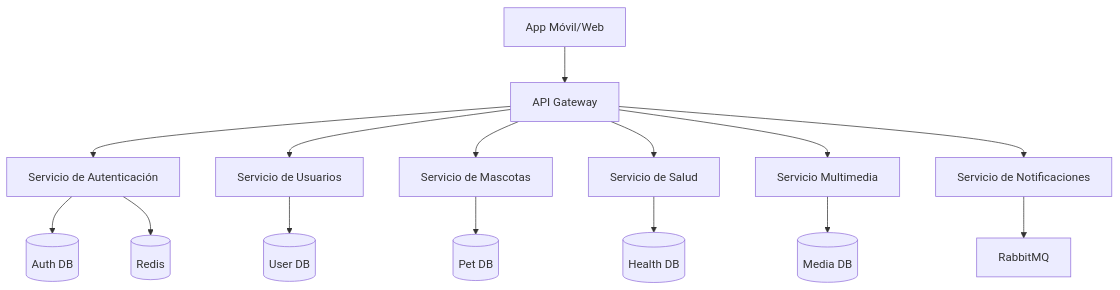
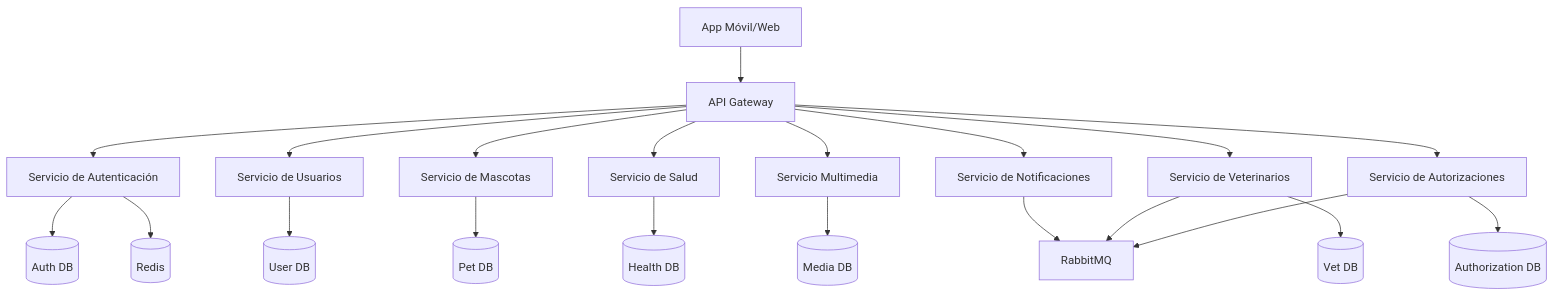
One commit to Libreta-Sanitaria-Mascotas/.github changed the diagram in profile/README.md. Above: the diagram before and after it, drawn with Mermaid. The commit also changed other lines of this file, not shown here.

````diff
--- a/profile/README.md
+++ b/profile/README.md
@@ -5,23 +9,31 @@
 ```mermaid
 graph TD
     Client[App Móvil/Web] --> Gateway[API Gateway]
     Gateway --> Auth[Servicio de Autenticación]
     Gateway --> User[Servicio de Usuarios]
     Gateway --> Pet[Servicio de Mascotas]
     Gateway --> Health[Servicio de Salud]
     Gateway --> Media[Servicio Multimedia]
     Gateway --> Notif[Servicio de Notificaciones]
+    Gateway --> Vet[Servicio de Veterinarios]
+    Gateway --> Authorization[Servicio de Autorizaciones]
     
     Auth --> AuthDB[(Auth DB)]
     Auth --> Redis[(Redis)]
     
     User --> UserDB[(User DB)]
     
     Pet --> PetDB[(Pet DB)]
     
     Health --> HealthDB[(Health DB)]
     
     Media --> MediaDB[(Media DB)]
     
+    Vet --> VetDB[(Vet DB)]
+    
+    Authorization --> AuthorizationDB[(Authorization DB)]
+    
     Notif --> RabbitMQ[RabbitMQ]
+    Vet --> RabbitMQ
+    Authorization --> RabbitMQ
 ```
````
